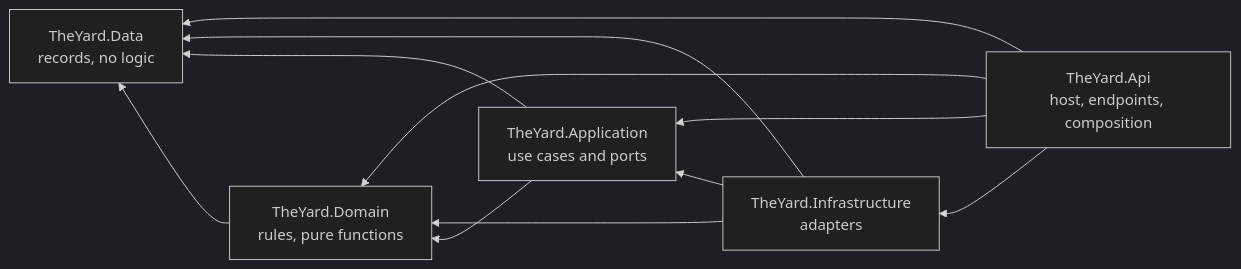
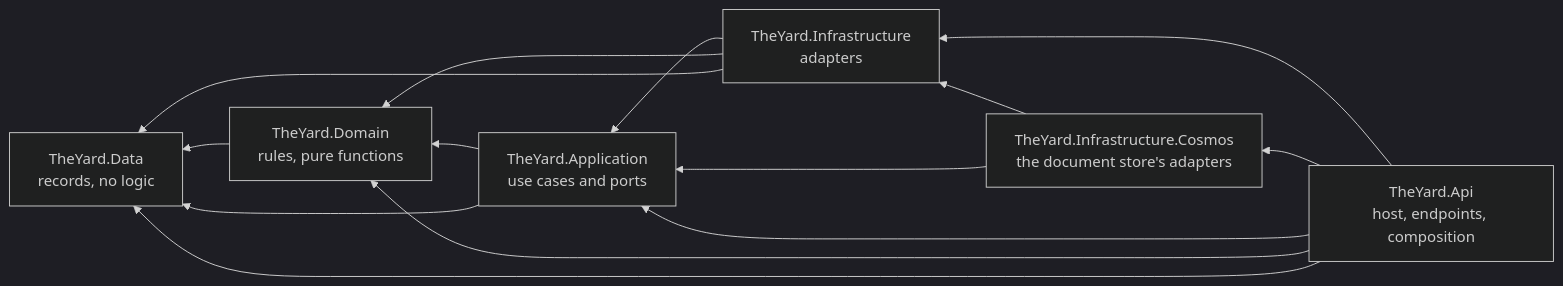
The third of 3 diagrams in docs/ARCHITECTURE.md (SteveStout/TheYard), drawn with Mermaid (dark theme) before and after one commit. The commit also changed other lines of this file and 35 other files, not shown here.

````diff
--- a/docs/ARCHITECTURE.md
+++ b/docs/ARCHITECTURE.md
@@ -259,19 +259,24 @@
 ```mermaid
 flowchart RL
   Api["TheYard.Api<br/>host, endpoints, composition"]
   Infra["TheYard.Infrastructure<br/>adapters"]
   App["TheYard.Application<br/>use cases and ports"]
   Domain["TheYard.Domain<br/>rules, pure functions"]
   Data["TheYard.Data<br/>records, no logic"]
 
+  Cosmos["TheYard.Infrastructure.Cosmos<br/>the document store's adapters"]
+
   Api --> Infra
+  Api --> Cosmos
   Api --> App
   Api --> Domain
   Api --> Data
+  Cosmos --> Infra
+  Cosmos --> App
   Infra --> App
   Infra --> Domain
   Infra --> Data
   App --> Domain
   App --> Data
   Domain --> Data
 ```
````
